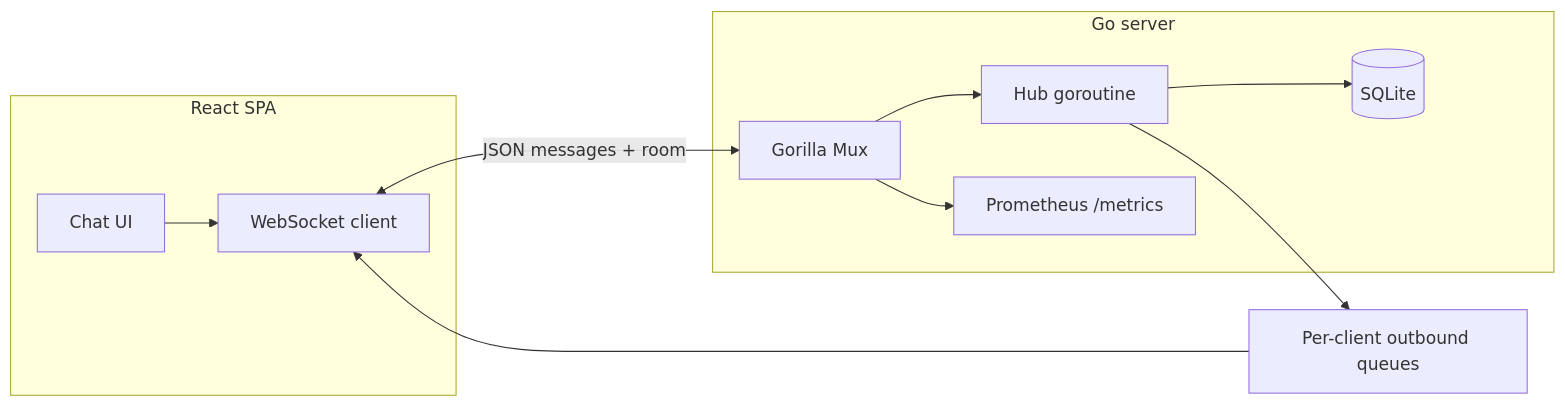
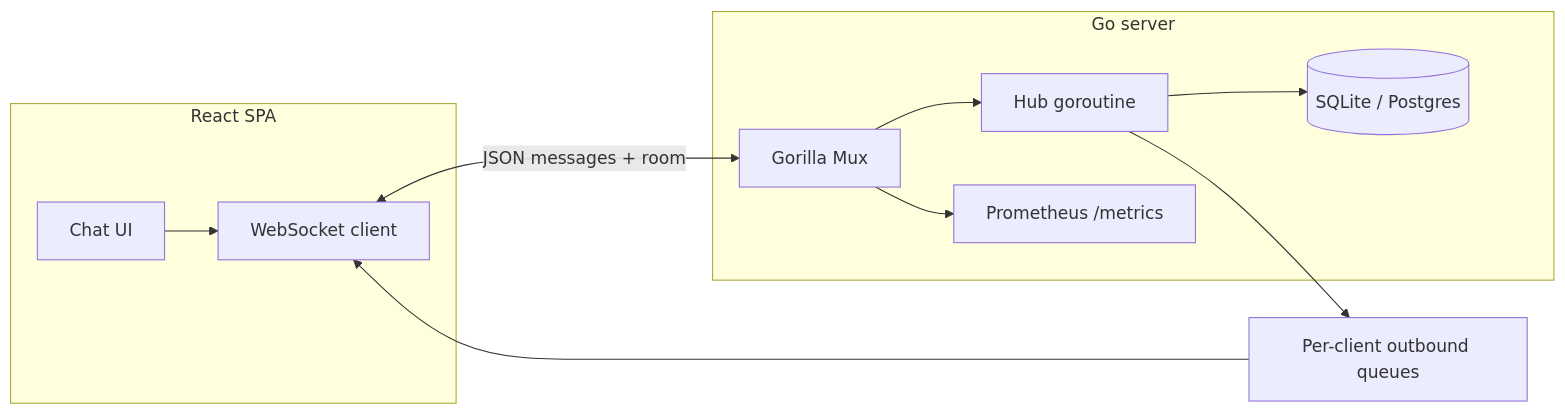
One commit to AlisinaDevelo/Chatster changed the first of 4 diagrams in docs/ARCHITECTURE.md. Above: the diagram before and after it, drawn with Mermaid. The commit also changed other lines of this file and 25 other files, not shown here.

````diff
--- a/docs/ARCHITECTURE.md
+++ b/docs/ARCHITECTURE.md
@@ -7,20 +7,20 @@
 ```mermaid
 flowchart LR
   subgraph client [React SPA]
     UI[Chat UI]
     WSClient[WebSocket client]
   end
   subgraph server [Go server]
     Mux[Gorilla Mux]
     Hub[Hub goroutine]
-    DB[(SQLite)]
+    DB[(SQLite / Postgres)]
     Prom[Prometheus /metrics]
   end
   UI --> WSClient
   WSClient <-->|JSON messages + room| Mux
   Mux --> Hub
   Mux --> Prom
   Hub --> DB
   Hub --> Queues[Per-client outbound queues]
   Queues --> WSClient
 ```
````
